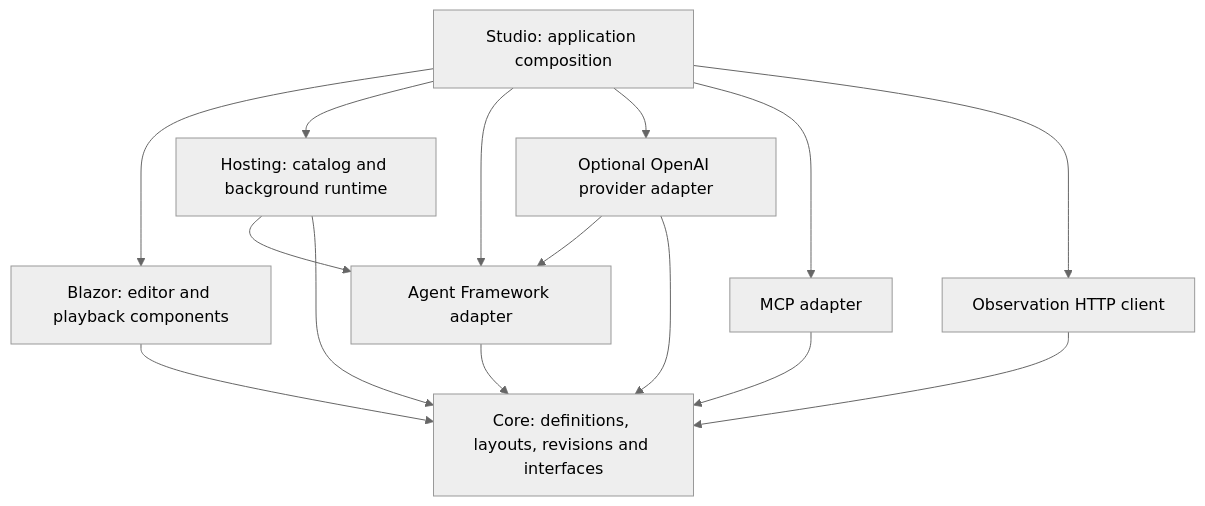
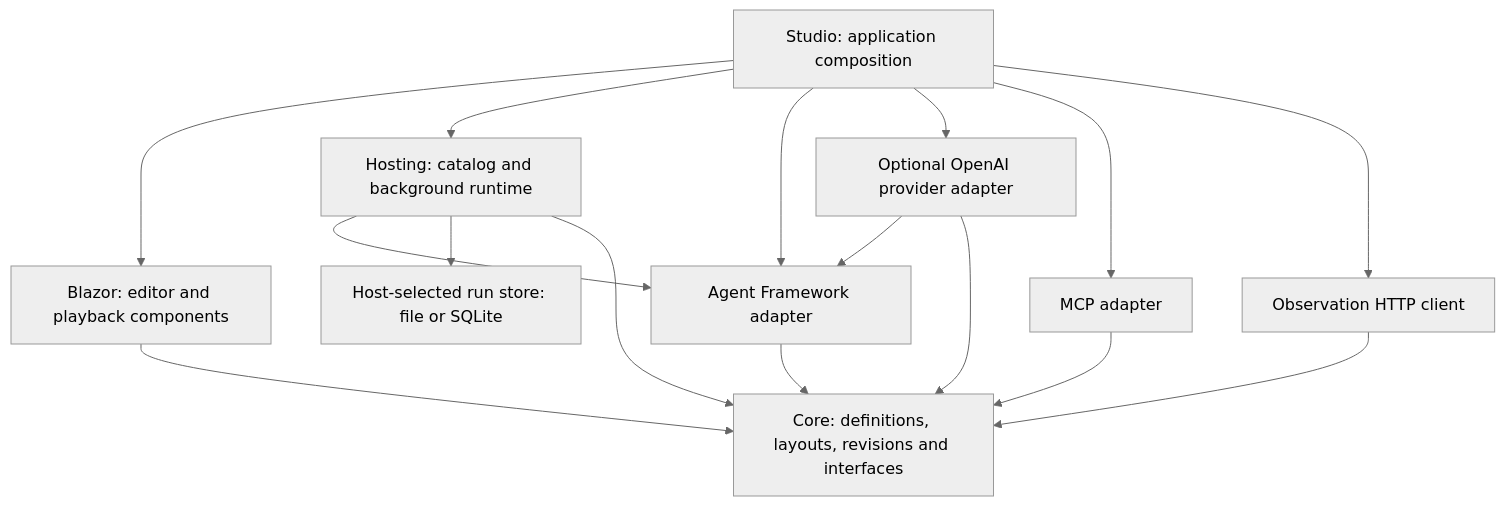
One commit to gnalvesteffer/visual-agent-workflow changed the first of 3 diagrams in docs/architecture.md. Above: the diagram before and after it, drawn with Mermaid (neutral theme). The commit also changed other lines of this file and 30 other files, not shown here.

Commit message:
Add atomic run storage boundary and SQLite persistence

````diff
--- a/docs/architecture.md
+++ b/docs/architecture.md
@@ -13,17 +13,18 @@
 ```mermaid
 flowchart TB
     Studio["Studio: application composition"] --> Blazor["Blazor: editor and playback components"]
     Studio --> Hosting["Hosting: catalog and background runtime"]
     Studio --> Agents["Agent Framework adapter"]
     Studio --> Providers["Optional OpenAI provider adapter"]
     Providers --> Agents
     Providers --> Core
     Studio --> Mcp["MCP adapter"]
     Studio --> Http["Observation HTTP client"]
     Http --> Core
     Hosting --> Agents
     Blazor --> Core["Core: definitions, layouts, revisions and interfaces"]
+    Hosting --> Store["Host-selected run store: file or SQLite"]
     Hosting --> Core
     Agents --> Core
     Mcp --> Core
 ```
````
